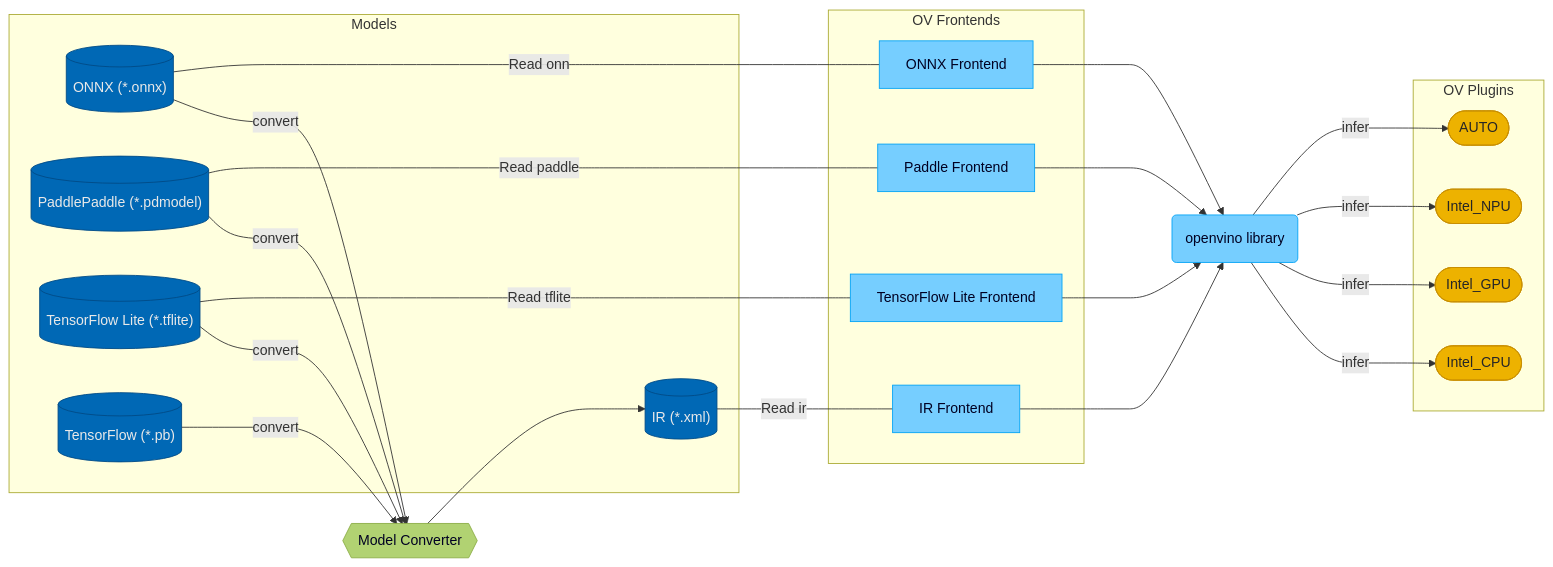
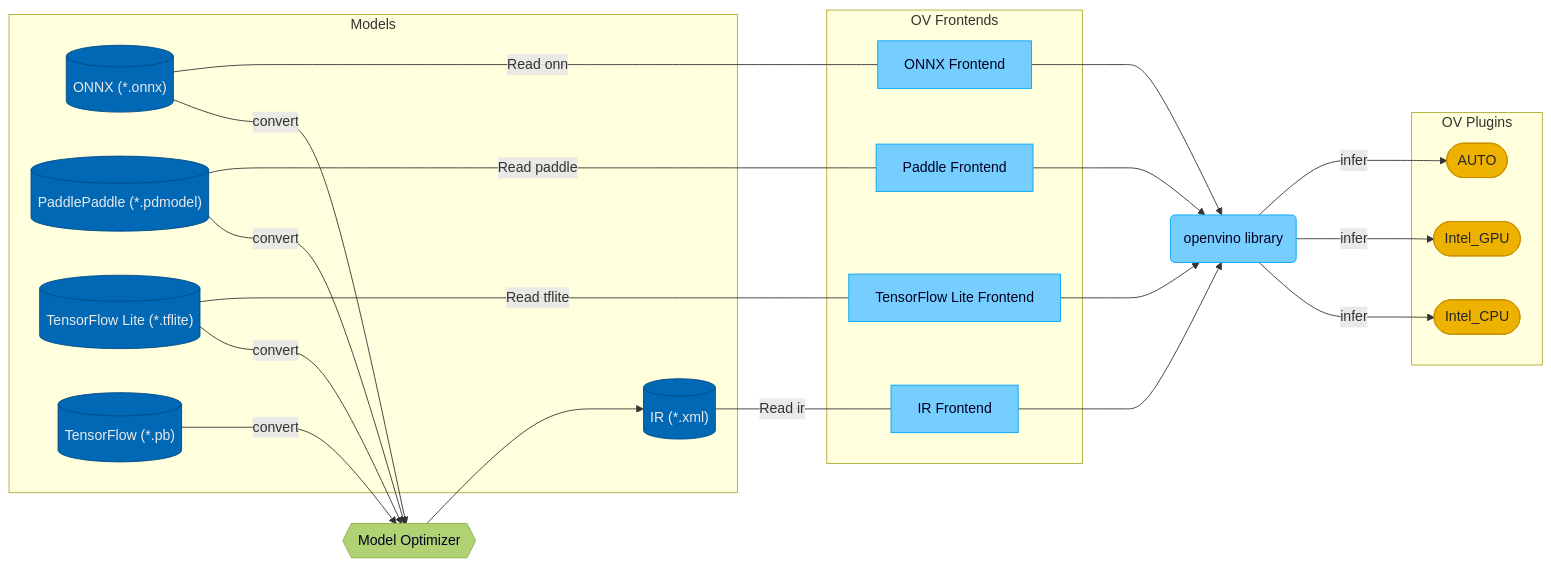
One commit to openvinotoolkit/openvino changed the diagram in docs/dev/index.md. Above: the diagram before and after it, drawn with Mermaid. The commit also changed other lines of this file and 2333 other files, not shown here.

````diff
--- a/docs/dev/index.md
+++ b/docs/dev/index.md
@@ -7,57 +7,55 @@
 ```mermaid
 flowchart LR
     subgraph models [Models]
         ir[("IR (*.xml)")]
         onnx[("ONNX (*.onnx)")]
         paddle[("PaddlePaddle (*.pdmodel)")]
         tflite[("TensorFlow Lite (*.tflite)")]
         tf[("TensorFlow (*.pb)")]
         classDef blue3 fill:#0068B5, stroke: #004A86, color: #E9E9E9
         class ir,onnx,paddle,tflite,tf blue3
-
+       
         click onnx "https://github.com/onnx/onnx"
     end
-
-    mo{{Model Converter}}
+    
+    mo{{Model Optimizer}}
     classDef mos fill:#B1D272, stroke: #8BAE46, color: #000022
     class mo mos
-
+    
     onnx--convert--->mo
     paddle--convert--->mo
     tflite--convert--->mo
     tf--convert--->mo
     mo--->ir
-
+    
     subgraph plugins [OV Plugins]
         auto(["AUTO"])
         cpu(["Intel_CPU"])
         gpu(["Intel_GPU"])
-        npu(["Intel_NPU"])
         classDef daisy3 fill:#EDB200, stroke: #C98F00, color: #262626
-        class auto,cpu,gpu,npu daisy3
+        class auto,cpu,gpu daisy3
     end
     subgraph frontends [OV Frontends]
         ir_fe["IR Frontend"]
         onnx_fe["ONNX Frontend"]
         tflite_fe["TensorFlow Lite Frontend"]
         paddle_fe["Paddle Frontend"]
         classDef blue1 fill:#76CEFF, stroke: #00A3F6, color: #000022
         class ir_fe,onnx_fe,tflite_fe,paddle_fe blue1
     end
     openvino(openvino library)
     ir--Read ir---ir_fe
     onnx--Read onnx--- onnx_fe
     paddle--Read paddle---paddle_fe
     tflite--Read tflite---tflite_fe
     ir_fe--->openvino
     onnx_fe--->openvino
     paddle_fe--->openvino
     tflite_fe--->openvino
-
+    
     openvino--infer--->cpu
     openvino--infer--->gpu
-    openvino--infer--->npu
     openvino--infer--->auto
     classDef blue1 fill:#76CEFF, stroke: #00A3F6, color: #000022
     class openvino blue1
 ```
````
